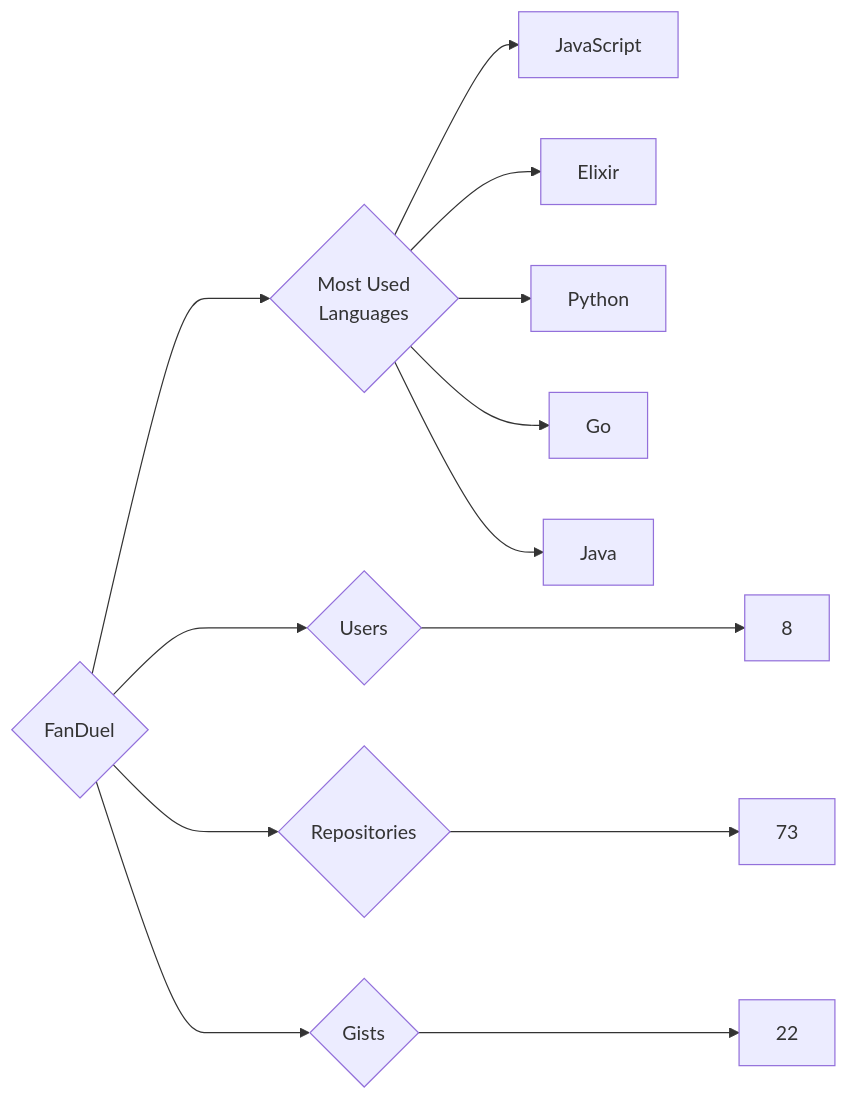
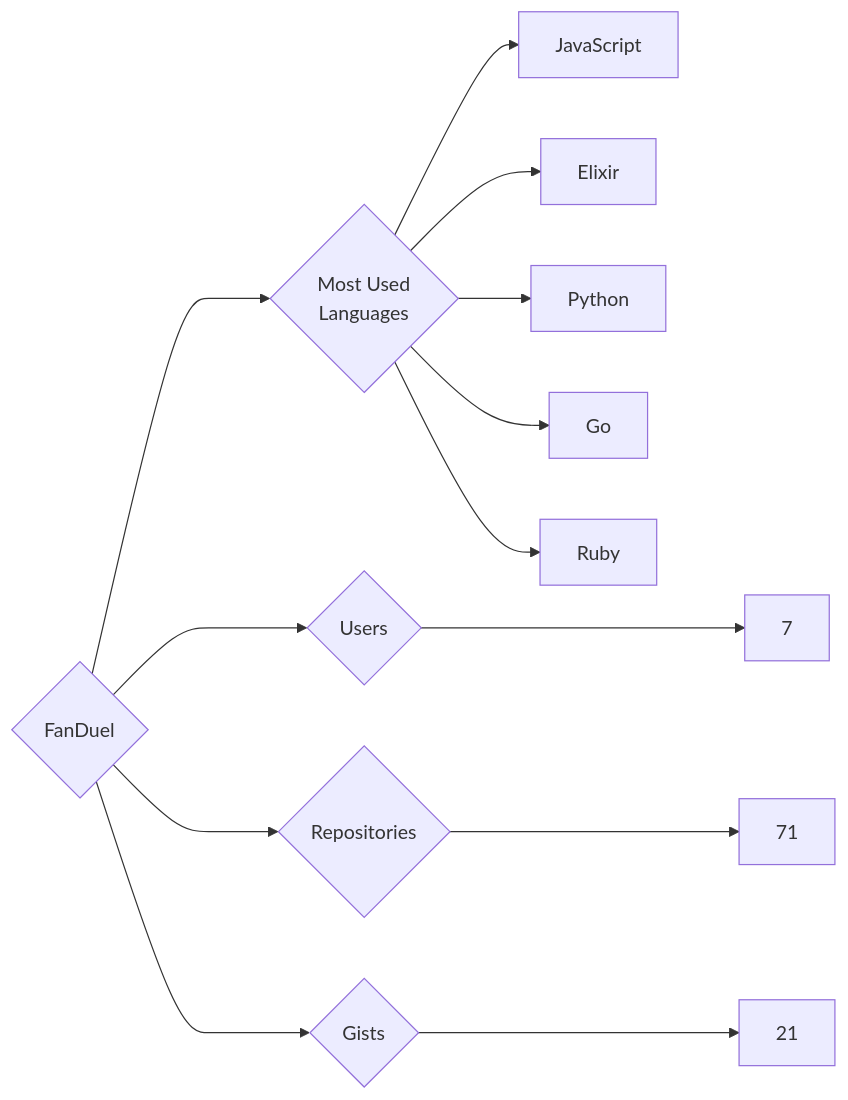
One commit to trickest/insiders changed the diagram in targets/FanDuel/README.md. Above: the diagram before and after it, drawn with Mermaid. The commit also changed 699 other files, not shown here.

````diff
--- a/targets/FanDuel/README.md
+++ b/targets/FanDuel/README.md
@@ -3,13 +3,13 @@
 ```mermaid
 graph LR
 COMPANY_NAME{FanDuel}
-COMPANY_NAME ---> U{Users} ---> UN[8]
-COMPANY_NAME ---> R{Repositories} ---> RN[73]
-COMPANY_NAME ---> G{Gists} ---> GN[22]
+COMPANY_NAME ---> U{Users} ---> UN[7]
+COMPANY_NAME ---> R{Repositories} ---> RN[71]
+COMPANY_NAME ---> G{Gists} ---> GN[21]
 COMPANY_NAME ---> ML{Most Used<br>Languages}
 ML --> JavaScript[JavaScript]
 ML --> Elixir[Elixir]
 ML --> Python[Python]
 ML --> Go[Go]
-ML --> Java[Java]
+ML --> Ruby[Ruby]
 ```
````
